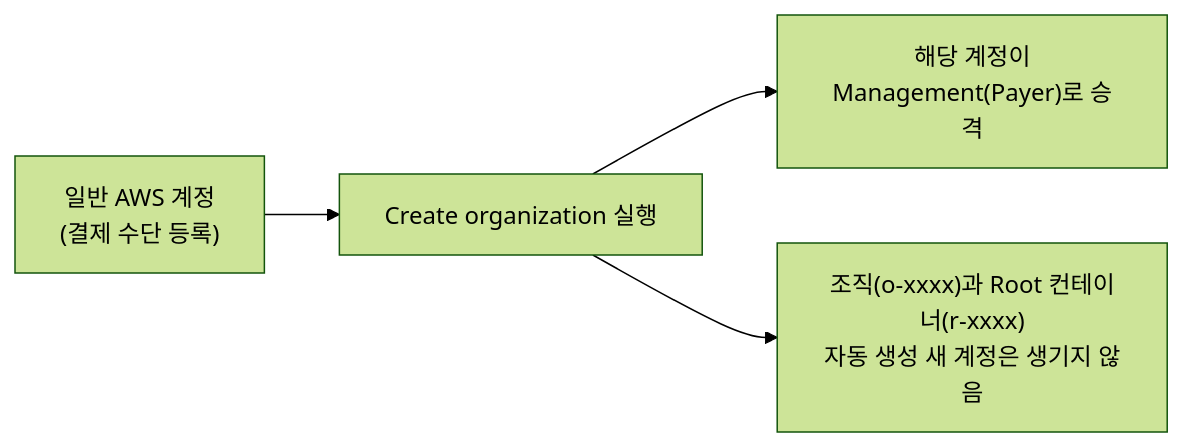
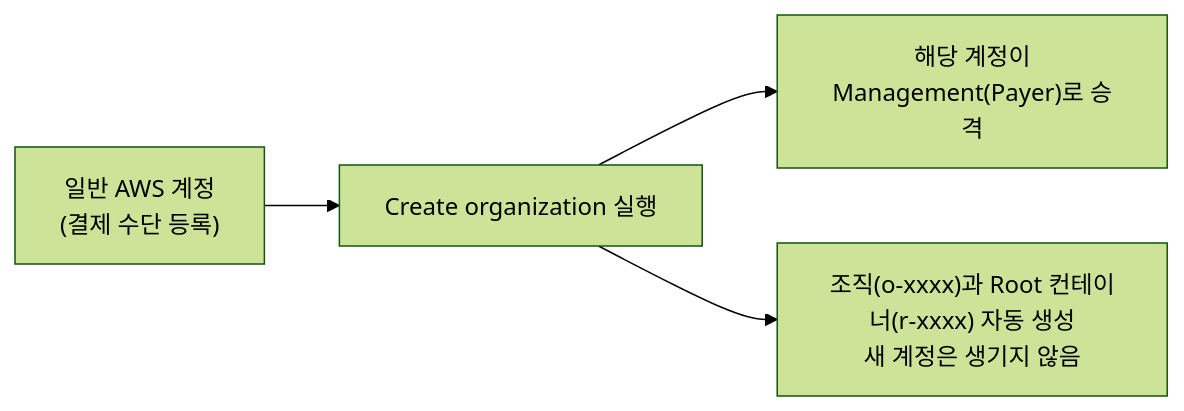
The ninth of 11 diagrams in docs/posts/Cloud Infra/aws_finops_deep_dive.md (dotoryeee/blog), drawn with Mermaid (forest theme) before and after one commit. The commit also changed other lines of this file, not shown here.

````diff
--- a/docs/posts/Cloud Infra/aws_finops_deep_dive.md
+++ b/docs/posts/Cloud Infra/aws_finops_deep_dive.md
@@ -570,6 +567,6 @@
 ```mermaid
 graph LR
     A["일반 AWS 계정<br>(결제 수단 등록)"] --> B["Create organization 실행"]
     B --> C["해당 계정이<br>Management(Payer)로 승격"]
-    B --> D["조직(o-xxxx)과 Root 컨테이너(r-xxxx)<br>자동 생성 새 계정은 생기지 않음"]
+    B --> D["조직(o-xxxx)과 Root 컨테이너(r-xxxx) 자동 생성<br>새 계정은 생기지 않음"]
 ```
````
